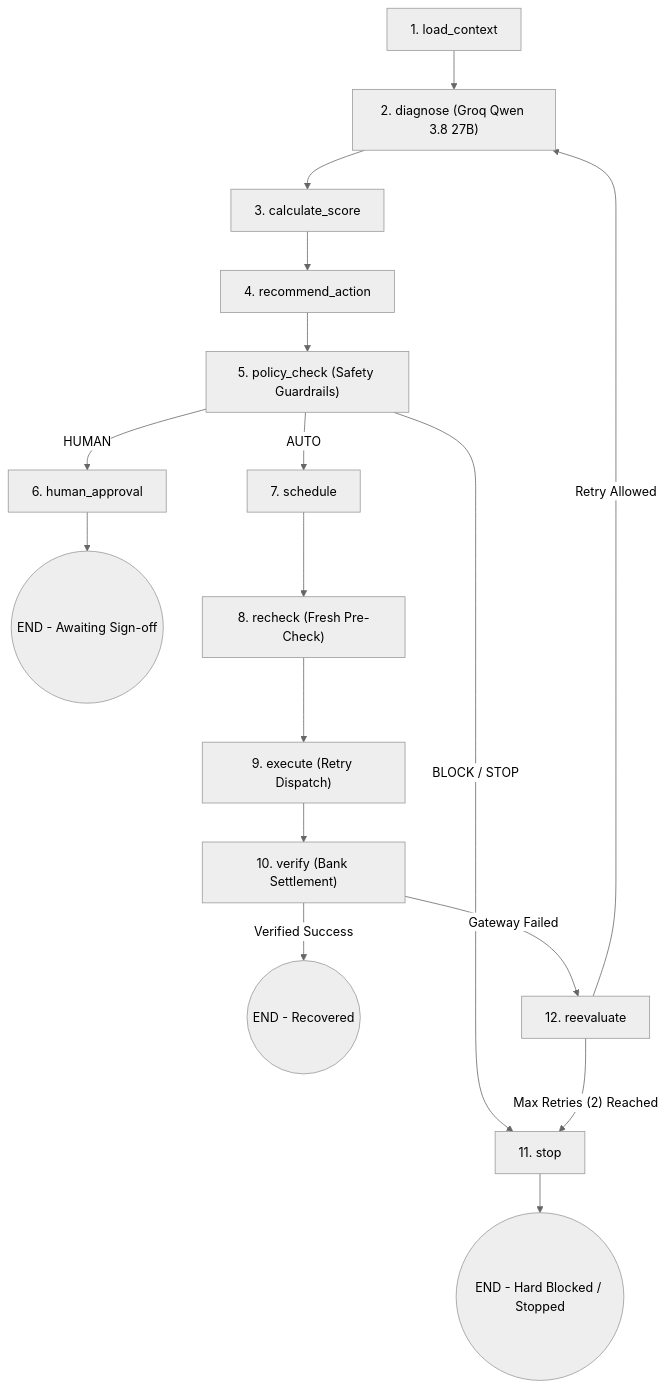
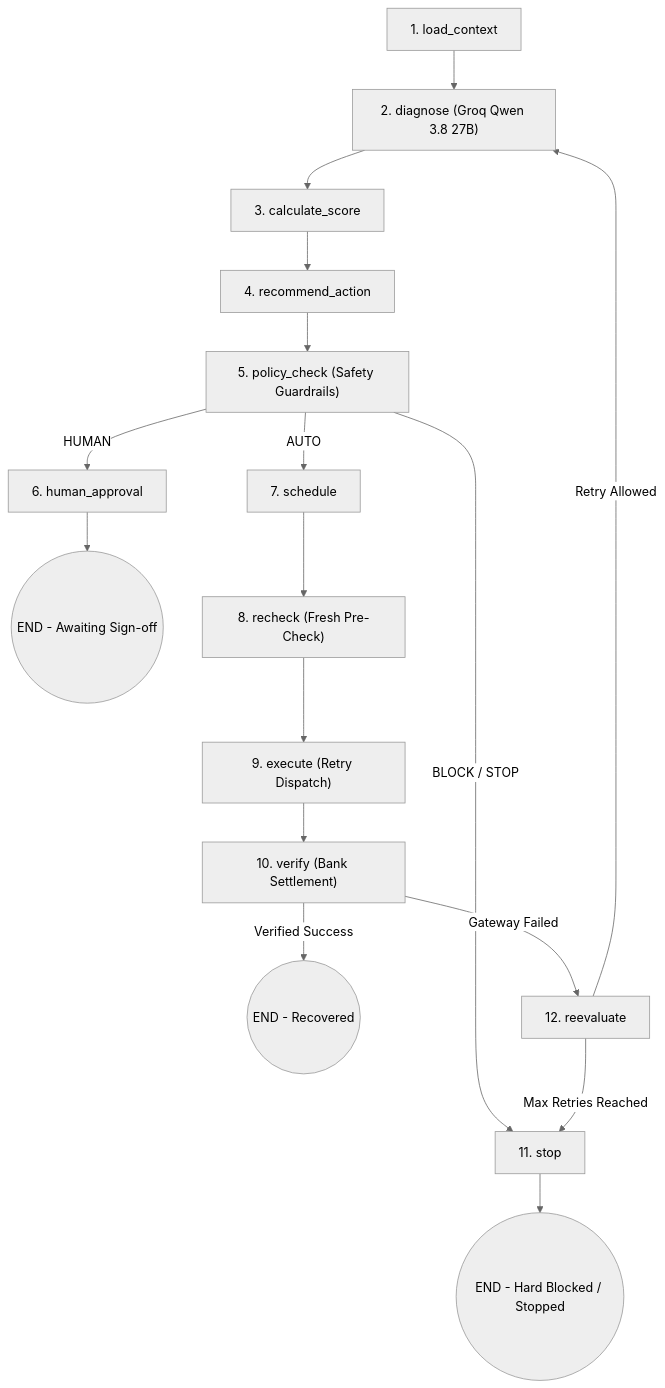
One commit to Monishwaran45/RecoveraX-AI-Revenue-Recovery changed the first of 2 diagrams in README.md. Above: the diagram before and after it, drawn with Mermaid (neutral theme). The commit also changed other lines of this file, not shown here.

Commit message:
Refactor flowchart syntax in README.md

````diff
--- a/README.md
+++ b/README.md
@@ -39,25 +39,25 @@
 ```mermaid
 graph TD
     Node1["1. load_context"] --> Node2["2. diagnose (Groq Qwen 3.8 27B)"]
     Node2 --> Node3["3. calculate_score"]
     Node3 --> Node4["4. recommend_action"]
     Node4 --> Node5["5. policy_check (Safety Guardrails)"]
     
-    Node5 -- AUTO --> Node7["7. schedule"]
-    Node5 -- HUMAN --> Node6["6. human_approval"]
-    Node5 -- "BLOCK / STOP" --> Node11["11. stop"]
+    Node5 -->|AUTO| Node7["7. schedule"]
+    Node5 -->|HUMAN| Node6["6. human_approval"]
+    Node5 -->|BLOCK / STOP| Node11["11. stop"]
 
-    Node6 --> END1((END - Awaiting Sign-off))
+    Node6 --> END1(("END - Awaiting Sign-off"))
     
     Node7 --> Node8["8. recheck (Fresh Pre-Check)"]
     Node8 --> Node9["9. execute (Retry Dispatch)"]
     Node9 --> Node10["10. verify (Bank Settlement)"]
     
-    Node10 -- "Verified Success" --> END2((END - Recovered))
-    Node10 -- "Gateway Failed" --> Node12["12. reevaluate"]
+    Node10 -->|Verified Success| END2(("END - Recovered"))
+    Node10 -->|Gateway Failed| Node12["12. reevaluate"]
     
-    Node12 -- "Max Retries (2) Reached" --> Node11
-    Node12 -- "Retry Allowed" --> Node2
+    Node12 -->|Max Retries Reached| Node11
+    Node12 -->|Retry Allowed| Node2
     
-    Node11 --> END3((END - Hard Blocked / Stopped))
+    Node11 --> END3(("END - Hard Blocked / Stopped"))
 ```
````
